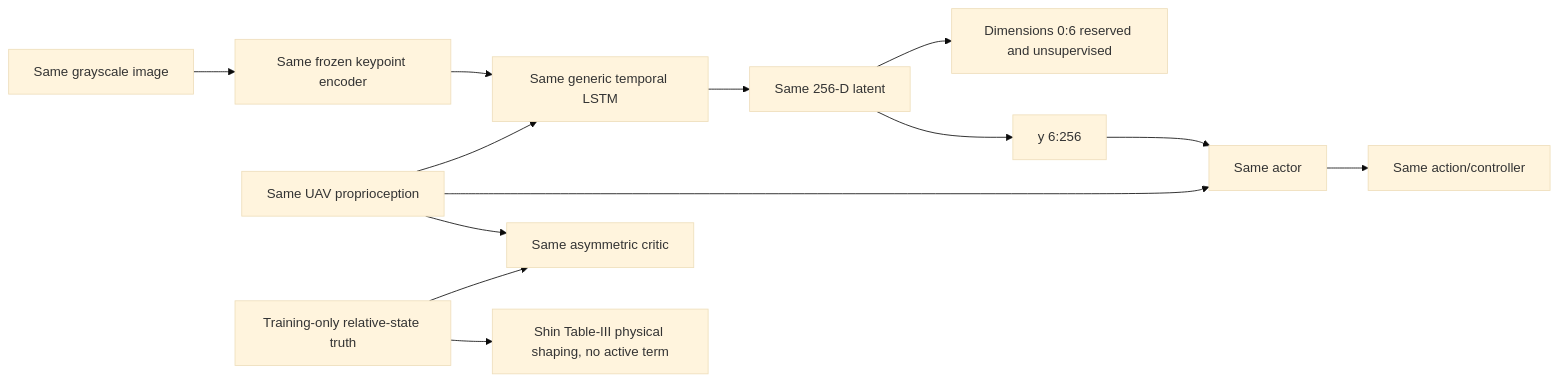
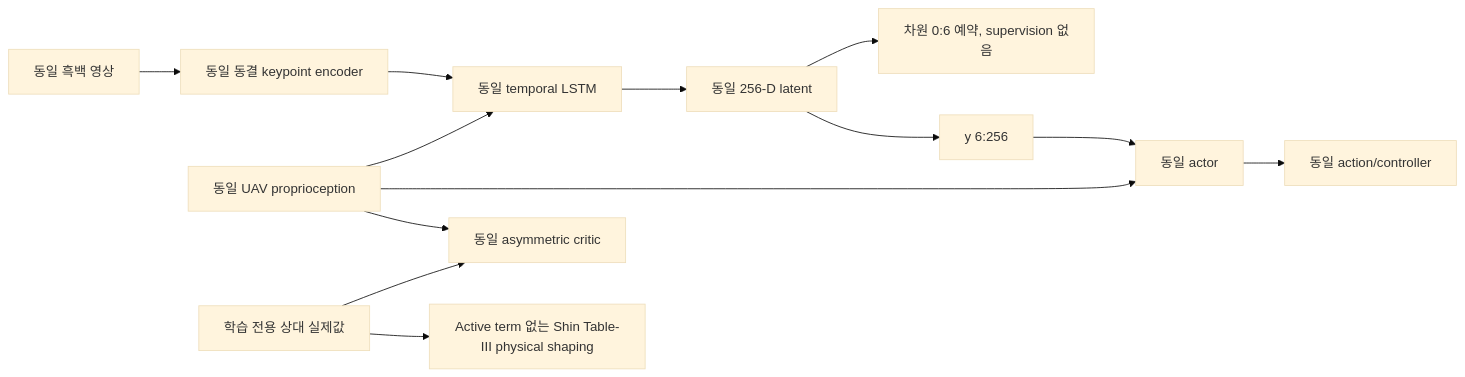
Before and after one commit to junsuk123/OntoReward-RL: the second of 3 diagrams in Ontology_RGAT_UAV_RL_ISAAC_PX4/docs/THREE_PIPELINE_COMPARISON.md, drawn with Mermaid (base theme). The commit also changed other lines of this file and 14 other files, not shown here.

````diff
--- a/Ontology_RGAT_UAV_RL_ISAAC_PX4/docs/THREE_PIPELINE_COMPARISON.md
+++ b/Ontology_RGAT_UAV_RL_ISAAC_PX4/docs/THREE_PIPELINE_COMPARISON.md
@@ -46,15 +45,15 @@
 ```mermaid
 flowchart LR
-  I[Same grayscale image] --> K[Same frozen keypoint encoder]
-  K --> T[Same generic temporal LSTM]
-  U[Same UAV proprioception] --> T
-  T --> Y[Same 256-D latent]
-  Y --> X[Dimensions 0:6 reserved and unsupervised]
+  I[동일 흑백 영상] --> K[동일 동결 keypoint encoder]
+  K --> T[동일 temporal LSTM]
+  U[동일 UAV proprioception] --> T
+  T --> Y[동일 256-D latent]
+  Y --> X[차원 0:6 예약, supervision 없음]
   Y --> S[y 6:256]
-  U --> A[Same actor]
+  U --> A[동일 actor]
   S --> A
-  A --> C[Same action/controller]
-  GT[Training-only relative-state truth] --> V[Same asymmetric critic]
+  A --> C[동일 action/controller]
+  GT[학습 전용 상대 실제값] --> V[동일 asymmetric critic]
   U --> V
-  GT --> R[Shin Table-III physical shaping, no active term]
+  GT --> R[Active term 없는 Shin Table-III physical shaping]
 ```
````
